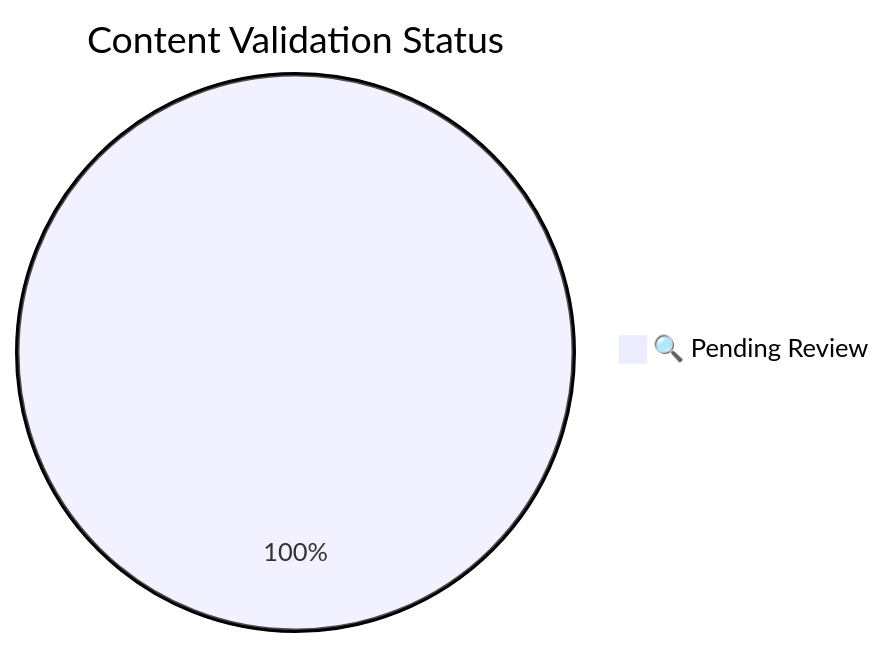
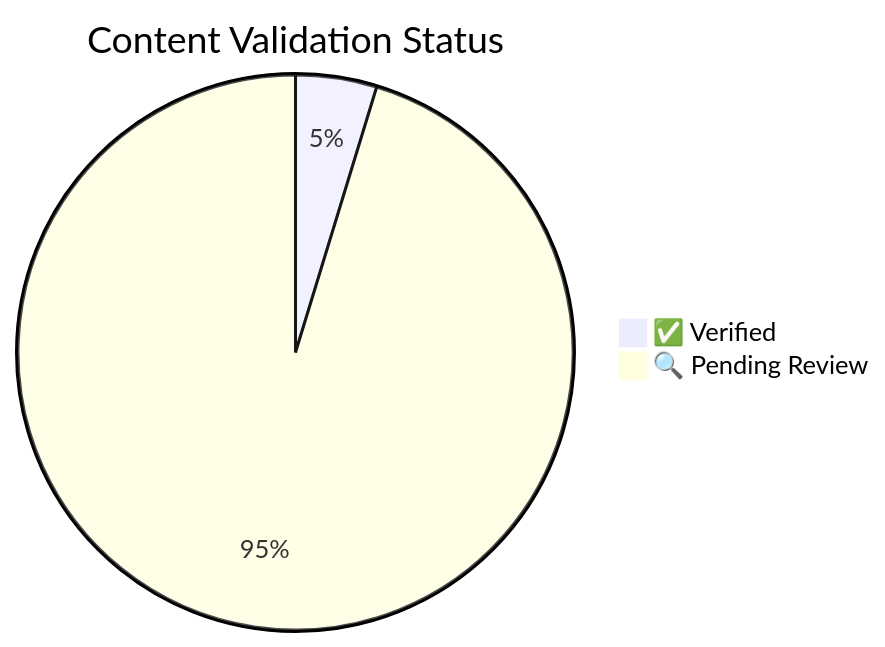
One commit to yeongseon/azure-architecture-practical-guide changed the diagram in docs/reference/content-validation-status.md. Above: the diagram before and after it, drawn with Mermaid. The commit also changed other lines of this file and 120 other files, not shown here.

````diff
--- a/docs/reference/content-validation-status.md
+++ b/docs/reference/content-validation-status.md
@@ -20,4 +38,5 @@
 ```mermaid
 pie title Content Validation Status
-    "🔍 Pending Review" : 116
+    "✅ Verified" : 6
+    "🔍 Pending Review" : 121
 ```
````
